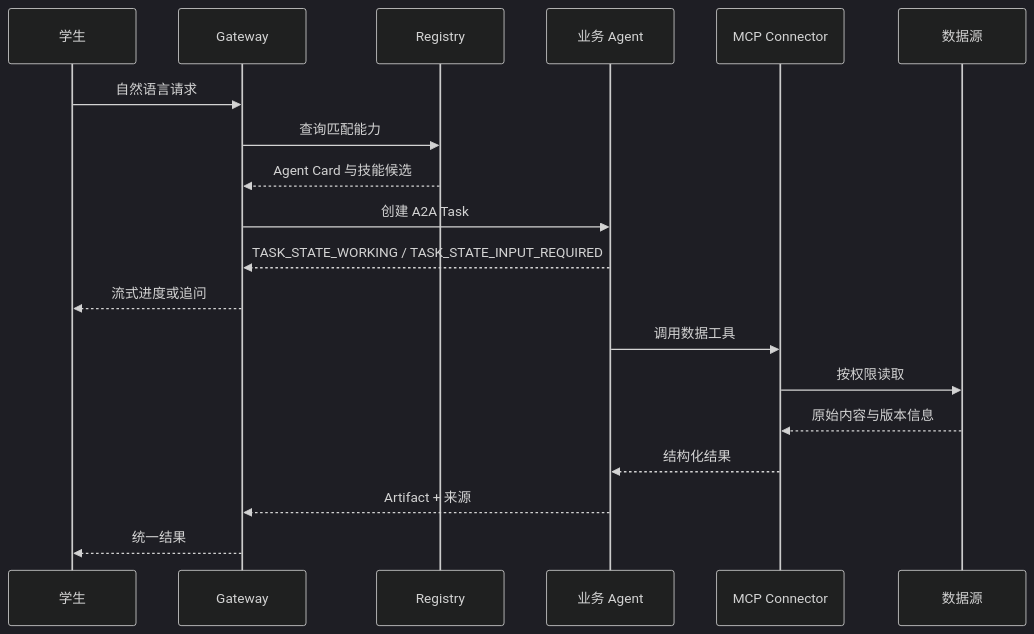
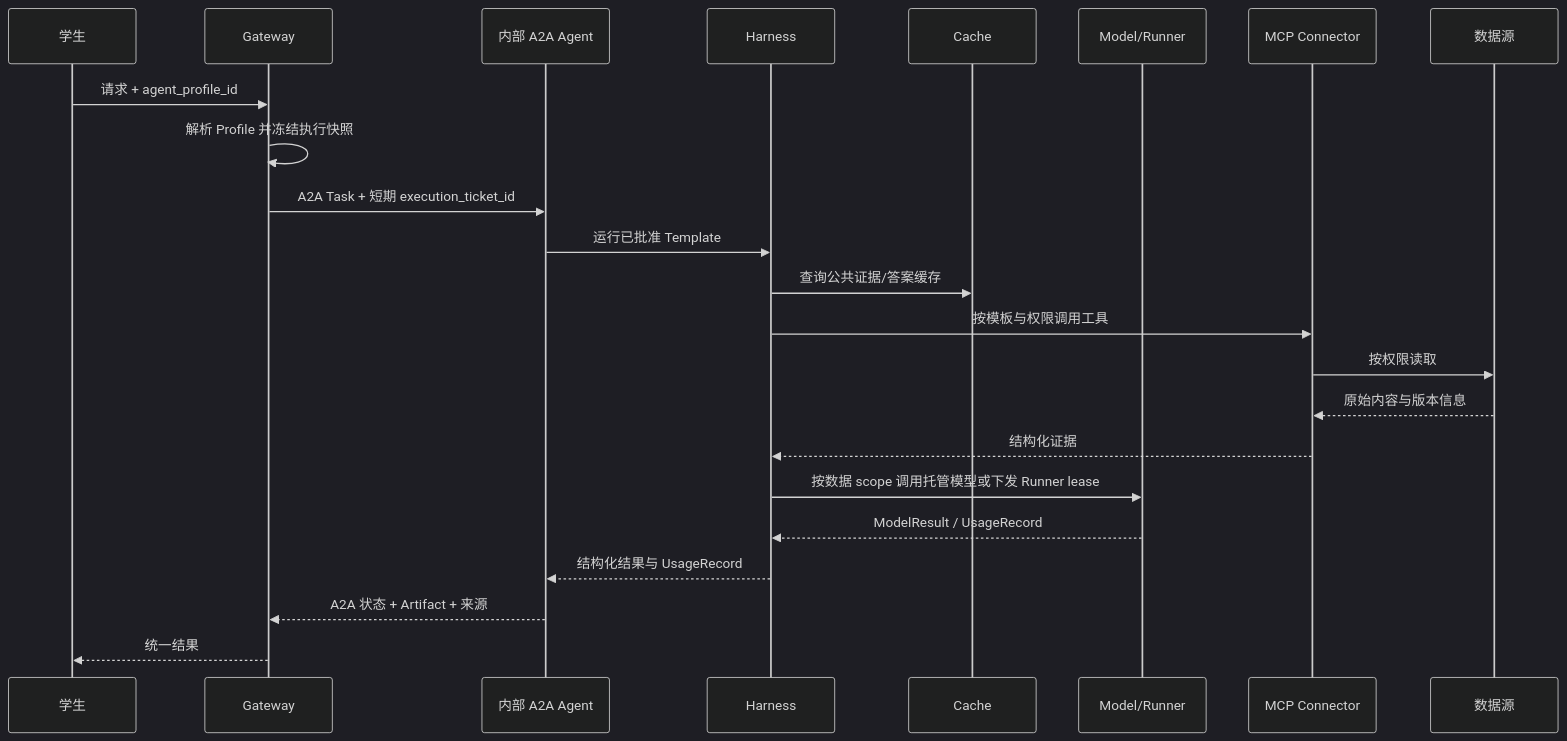
One commit to xytsakura/ai-for-better-life-in-ustc changed the second of 2 diagrams in docs/architecture/overview.md. Above: the diagram before and after it, drawn with Mermaid (dark theme). The commit also changed other lines of this file and 15 other files, not shown here.

Commit message:
docs: add personal agent harness and hybrid model runtime

````diff
--- a/docs/architecture/overview.md
+++ b/docs/architecture/overview.md
@@ -96,22 +128,26 @@
 ```mermaid
 sequenceDiagram
     participant U as 学生
     participant G as Gateway
-    participant R as Registry
-    participant A as 业务 Agent
+    participant A as 内部 A2A Agent
+    participant H as Harness
+    participant C as Cache
+    participant X as Model/Runner
     participant M as MCP Connector
     participant D as 数据源
 
-    U->>G: 自然语言请求
-    G->>R: 查询匹配能力
-    R-->>G: Agent Card 与技能候选
-    G->>A: 创建 A2A Task
-    A-->>G: TASK_STATE_WORKING / TASK_STATE_INPUT_REQUIRED
-    G-->>U: 流式进度或追问
-    A->>M: 调用数据工具
+    U->>G: 请求 + agent_profile_id
+    G->>G: 解析 Profile 并冻结执行快照
+    G->>A: A2A Task + 短期 execution_ticket_id
+    A->>H: 运行已批准 Template
+    H->>C: 查询公共证据/答案缓存
+    H->>M: 按模板与权限调用工具
     M->>D: 按权限读取
     D-->>M: 原始内容与版本信息
-    M-->>A: 结构化结果
-    A-->>G: Artifact + 来源
+    M-->>H: 结构化证据
+    H->>X: 按数据 scope 调用托管模型或下发 Runner lease
+    X-->>H: ModelResult / UsageRecord
+    H-->>A: 结构化结果与 UsageRecord
+    A-->>G: A2A 状态 + Artifact + 来源
     G-->>U: 统一结果
 ```
````
